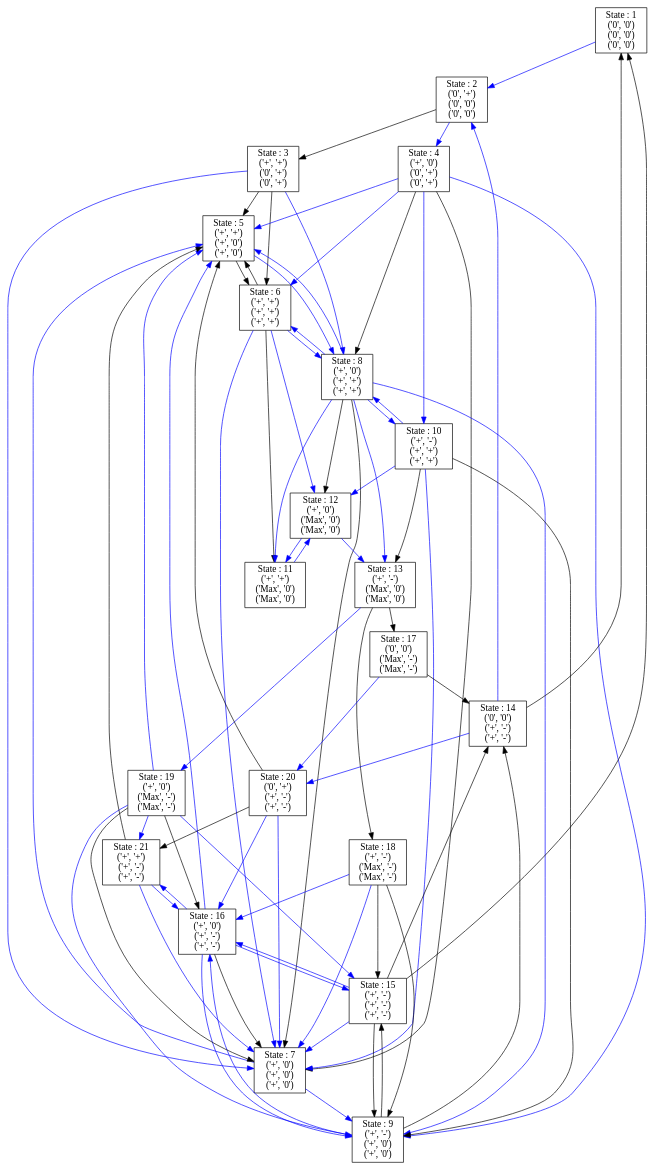
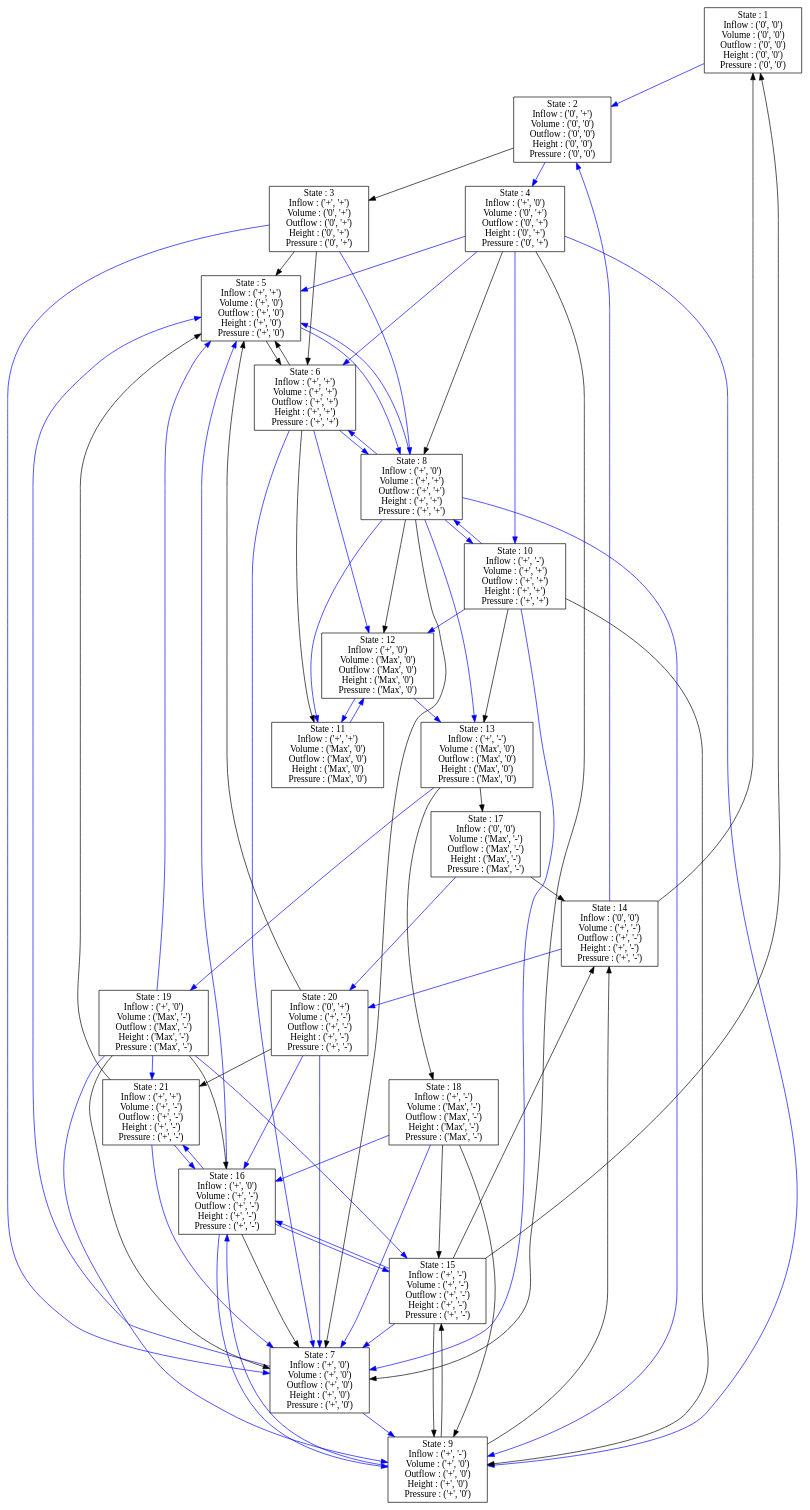
Before and after one commit to kmalhotra30/QR: the diagram in output/state_graph.gv, drawn with Graphviz. The commit also changed 7 other files, not shown here.

```diff
--- a/output/state_graph.gv
+++ b/output/state_graph.gv
@@ -2,89 +2,152 @@
 digraph {
 	layout=dot splines=true
 	1 [label="State : 1
-('0', '0')
-('0', '0')
-('0', '0')" color=black shape=box]
+Inflow : ('0', '0')
+Volume : ('0', '0')
+Outflow : ('0', '0')
+Height : ('0', '0')
+Pressure : ('0', '0')
+" color=black shape=box]
 	2 [label="State : 2
-('0', '+')
-('0', '0')
-('0', '0')" color=black shape=box]
+Inflow : ('0', '+')
+Volume : ('0', '0')
+Outflow : ('0', '0')
+Height : ('0', '0')
+Pressure : ('0', '0')
+" color=black shape=box]
 	3 [label="State : 3
-('+', '+')
-('0', '+')
-('0', '+')" color=black shape=box]
+Inflow : ('+', '+')
+Volume : ('0', '+')
+Outflow : ('0', '+')
+Height : ('0', '+')
+Pressure : ('0', '+')
+" color=black shape=box]
 	4 [label="State : 4
-('+', '0')
-('0', '+')
-('0', '+')" color=black shape=box]
+Inflow : ('+', '0')
+Volume : ('0', '+')
+Outflow : ('0', '+')
+Height : ('0', '+')
+Pressure : ('0', '+')
+" color=black shape=box]
 	5 [label="State : 5
-('+', '+')
-('+', '0')
-('+', '0')" color=black shape=box]
+Inflow : ('+', '+')
+Volume : ('+', '0')
+Outflow : ('+', '0')
+Height : ('+', '0')
+Pressure : ('+', '0')
+" color=black shape=box]
 	6 [label="State : 6
-('+', '+')
-('+', '+')
-('+', '+')" color=black shape=box]
+Inflow : ('+', '+')
+Volume : ('+', '+')
+Outflow : ('+', '+')
+Height : ('+', '+')
+Pressure : ('+', '+')
+" color=black shape=box]
 	7 [label="State : 7
-('+', '0')
-('+', '0')
-('+', '0')" color=black shape=box]
+Inflow : ('+', '0')
+Volume : ('+', '0')
+Outflow : ('+', '0')
+Height : ('+', '0')
+Pressure : ('+', '0')
+" color=black shape=box]
 	8 [label="State : 8
-('+', '0')
-('+', '+')
-('+', '+')" color=black shape=box]
+Inflow : ('+', '0')
+Volume : ('+', '+')
+Outflow : ('+', '+')
+Height : ('+', '+')
+Pressure : ('+', '+')
+" color=black shape=box]
 	9 [label="State : 9
-('+', '-')
-('+', '0')
-('+', '0')" color=black shape=box]
+Inflow : ('+', '-')
+Volume : ('+', '0')
+Outflow : ('+', '0')
+Height : ('+', '0')
+Pressure : ('+', '0')
+" color=black shape=box]
 	10 [label="State : 10
-('+', '-')
-('+', '+')
-('+', '+')" color=black shape=box]
+Inflow : ('+', '-')
+Volume : ('+', '+')
+Outflow : ('+', '+')
+Height : ('+', '+')
+Pressure : ('+', '+')
+" color=black shape=box]
 	11 [label="State : 11
-('+', '+')
-('Max', '0')
-('Max', '0')" color=black shape=box]
+Inflow : ('+', '+')
+Volume : ('Max', '0')
+Outflow : ('Max', '0')
+Height : ('Max', '0')
+Pressure : ('Max', '0')
+" color=black shape=box]
 	12 [label="State : 12
-('+', '0')
-('Max', '0')
-('Max', '0')" color=black shape=box]
+Inflow : ('+', '0')
+Volume : ('Max', '0')
+Outflow : ('Max', '0')
+Height : ('Max', '0')
+Pressure : ('Max', '0')
+" color=black shape=box]
 	13 [label="State : 13
-('+', '-')
-('Max', '0')
-('Max', '0')" color=black shape=box]
+Inflow : ('+', '-')
+Volume : ('Max', '0')
+Outflow : ('Max', '0')
+Height : ('Max', '0')
+Pressure : ('Max', '0')
+" color=black shape=box]
 	14 [label="State : 14
-('0', '0')
-('+', '-')
-('+', '-')" color=black shape=box]
+Inflow : ('0', '0')
+Volume : ('+', '-')
+Outflow : ('+', '-')
+Height : ('+', '-')
+Pressure : ('+', '-')
+" color=black shape=box]
 	15 [label="State : 15
-('+', '-')
-('+', '-')
-('+', '-')" color=black shape=box]
+Inflow : ('+', '-')
+Volume : ('+', '-')
+Outflow : ('+', '-')
+Height : ('+', '-')
+Pressure : ('+', '-')
+" color=black shape=box]
 	16 [label="State : 16
-('+', '0')
-('+', '-')
-('+', '-')" color=black shape=box]
+Inflow : ('+', '0')
+Volume : ('+', '-')
+Outflow : ('+', '-')
+Height : ('+', '-')
+Pressure : ('+', '-')
+" color=black shape=box]
 	17 [label="State : 17
-('0', '0')
-('Max', '-')
-('Max', '-')" color=black shape=box]
+Inflow : ('0', '0')
+Volume : ('Max', '-')
+Outflow : ('Max', '-')
+Height : ('Max', '-')
+Pressure : ('Max', '-')
+" color=black shape=box]
 	18 [label="State : 18
-('+', '-')
-('Max', '-')
-('Max', '-')" color=black shape=box]
+Inflow : ('+', '-')
+Volume : ('Max', '-')
+Outflow : ('Max', '-')
+Height : ('Max', '-')
+Pressure : ('Max', '-')
+" color=black shape=box]
 	19 [label="State : 19
-('+', '0')
-('Max', '-')
-('Max', '-')" color=black shape=box]
+Inflow : ('+', '0')
+Volume : ('Max', '-')
+Outflow : ('Max', '-')
+Height : ('Max', '-')
+Pressure : ('Max', '-')
+" color=black shape=box]
 	20 [label="State : 20
-('0', '+')
-('+', '-')
-('+', '-')" color=black shape=box]
+Inflow : ('0', '+')
+Volume : ('+', '-')
+Outflow : ('+', '-')
+Height : ('+', '-')
+Pressure : ('+', '-')
+" color=black shape=box]
 	21 [label="State : 21
-('+', '+')
-('+', '-')
-('+', '-')" color=black shape=box]
+Inflow : ('+', '+')
+Volume : ('+', '-')
+Outflow : ('+', '-')
+Height : ('+', '-')
+Pressure : ('+', '-')
+" color=black shape=box]
 	1 -> 2 [color=blue constraint=true]
 	2 -> 3 [color=black constraint=true]
 	2 -> 4 [color=blue constraint=true]
```
